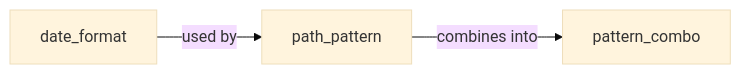
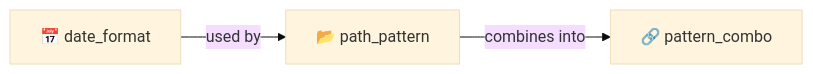
One commit to ThanuMahee12/AgentContext changed diagram 13 of 22 in docs/brainstorms/investigation-db.md. Above: the diagram before and after it, drawn with Mermaid (base theme). The commit also changed other lines of this file, not shown here.

Commit message:
docs: use Unicode emojis for mermaid diagram support

````diff
--- a/docs/brainstorms/investigation-db.md
+++ b/docs/brainstorms/investigation-db.md
@@ -347,5 +347,5 @@
 ```mermaid
 flowchart LR
-    DF["date_format"] -->|used by| PP["path_pattern"]
-    PP -->|combines into| PC["pattern_combo"]
+    DF["📅 date_format"] -->|used by| PP["📂 path_pattern"]
+    PP -->|combines into| PC["🔗 pattern_combo"]
 ```
````
